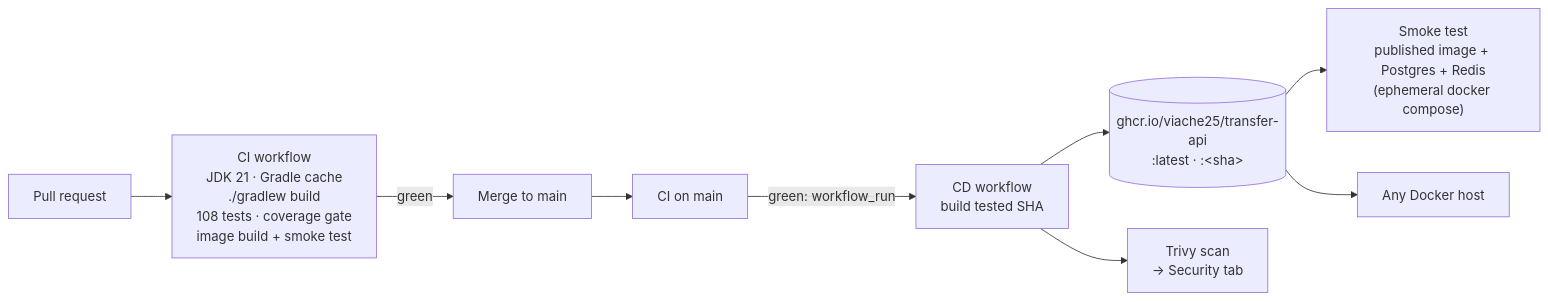
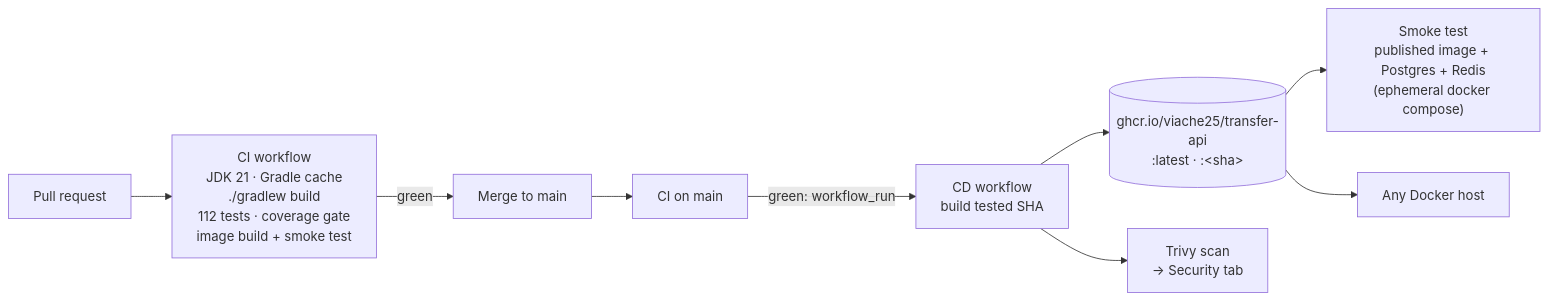
The third of 3 diagrams in README.md (viache25/transfer-api), drawn with Mermaid before and after one commit. The commit also changed other lines of this file and 6 other files, not shown here.

First line of the commit message:
test: Playwright UI tests for the terminal page (step 23) (#35)

````diff
--- a/README.md
+++ b/README.md
@@ -447,11 +457,11 @@
 ```mermaid
 flowchart LR
-    PR[Pull request] --> CI["CI workflow<br/>JDK 21 · Gradle cache<br/>./gradlew build<br/>108 tests · coverage gate<br/>image build + smoke test"]
+    PR[Pull request] --> CI["CI workflow<br/>JDK 21 · Gradle cache<br/>./gradlew build<br/>112 tests · coverage gate<br/>image build + smoke test"]
     CI -->|green| M[Merge to main]
     M --> CI2["CI on main"]
     CI2 -->|green: workflow_run| CD["CD workflow<br/>build tested SHA"]
     CD --> R[("ghcr.io/viache25/transfer-api<br/>:latest · :&lt;sha&gt;")]
     CD --> T["Trivy scan<br/>→ Security tab"]
     R --> SM["Smoke test<br/>published image + Postgres + Redis<br/>(ephemeral docker compose)"]
     R --> S[Any Docker host]
 ```
````
